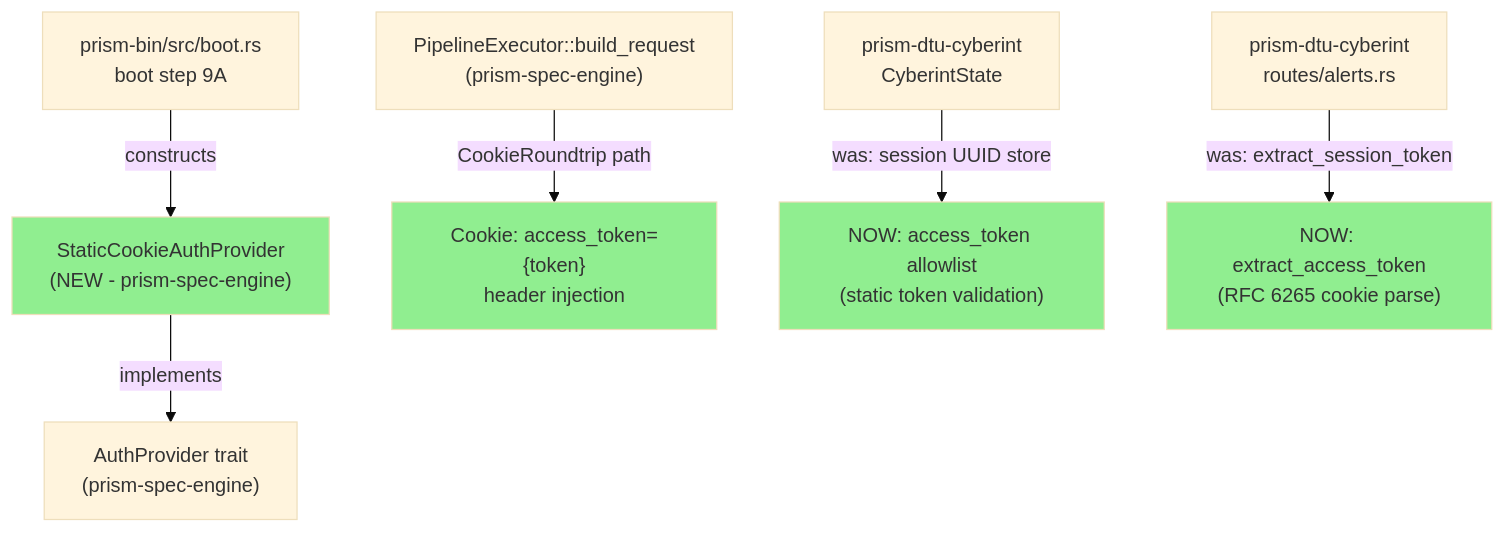
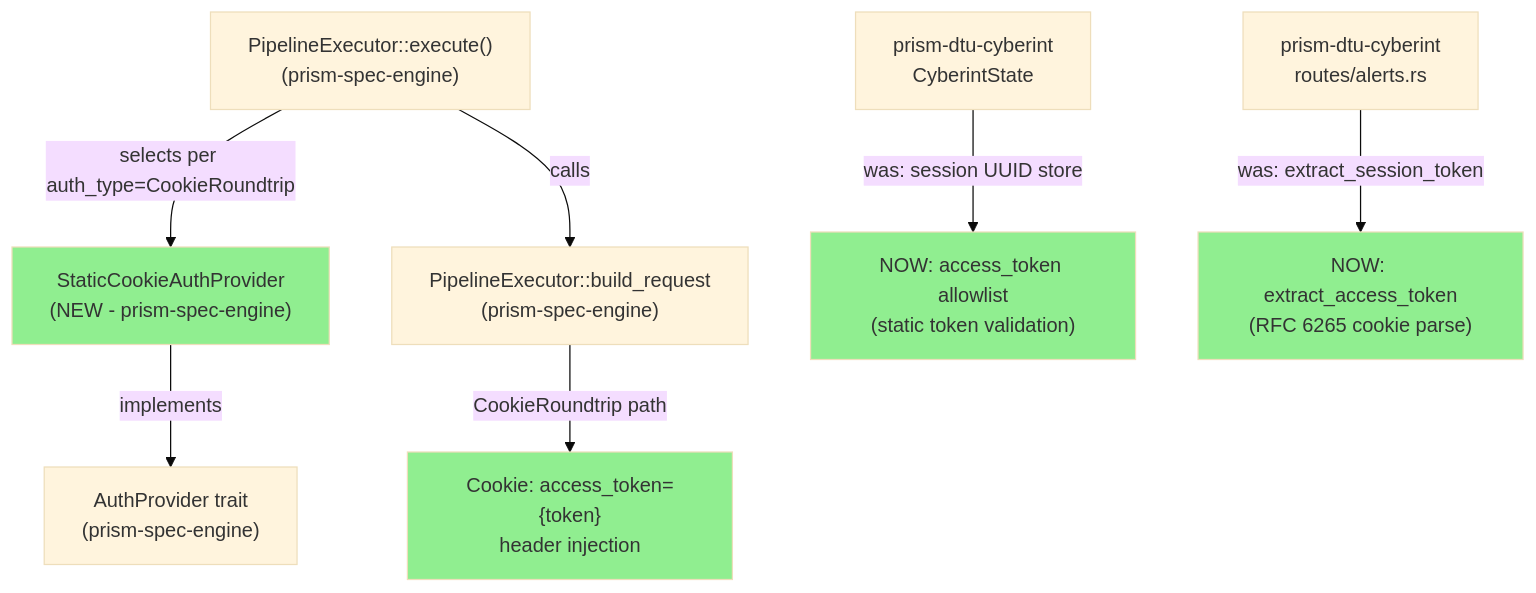
Before and after one commit to drbothen/prism: the first of 3 diagrams in code-delivery/S-DTU-CYBERINT-AUTH-FIDELITY-001/pr-description.md, drawn with Mermaid (base theme). The commit also changed other lines of this file and 11 other files, not shown here.

````diff
--- a/code-delivery/S-DTU-CYBERINT-AUTH-FIDELITY-001/pr-description.md
+++ b/code-delivery/S-DTU-CYBERINT-AUTH-FIDELITY-001/pr-description.md
@@ -17,12 +17,13 @@
 ```mermaid
 graph TD
-    A["prism-bin/src/boot.rs<br/>boot step 9A"] -->|"constructs"| B["StaticCookieAuthProvider<br/>(NEW - prism-spec-engine)"]
-    B -->|"implements"| C["AuthProvider trait<br/>(prism-spec-engine)"]
-    D["PipelineExecutor::build_request<br/>(prism-spec-engine)"] -->|"CookieRoundtrip path"| E["Cookie: access_token={token}<br/>header injection"]
+    A["StaticCookieAuthProvider<br/>(NEW - prism-spec-engine)"] -->|"implements"| B["AuthProvider trait<br/>(prism-spec-engine)"]
+    C["PipelineExecutor::execute()<br/>(prism-spec-engine)"] -->|"selects per auth_type=CookieRoundtrip"| A
+    C -->|"calls"| D["PipelineExecutor::build_request<br/>(prism-spec-engine)"]
+    D -->|"CookieRoundtrip path"| E["Cookie: access_token={token}<br/>header injection"]
     F["prism-dtu-cyberint<br/>CyberintState"] -->|"was: session UUID store"| G["NOW: access_token allowlist<br/>(static token validation)"]
     H["prism-dtu-cyberint<br/>routes/alerts.rs"] -->|"was: extract_session_token"| I["NOW: extract_access_token<br/>(RFC 6265 cookie parse)"]
-    style B fill:#90EE90
+    style A fill:#90EE90
     style E fill:#90EE90
     style G fill:#90EE90
     style I fill:#90EE90
 ```
````
